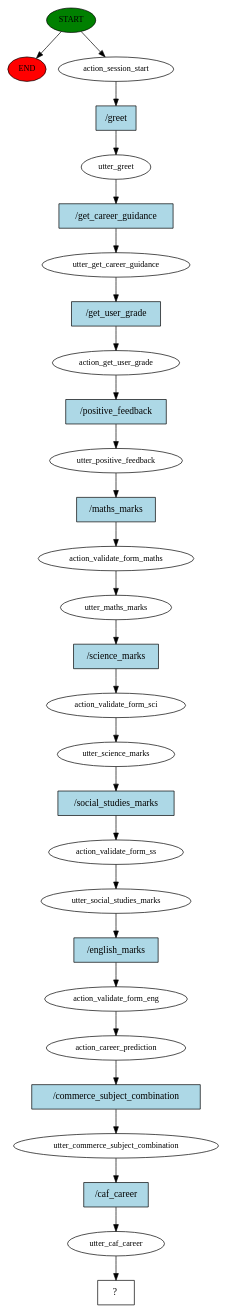
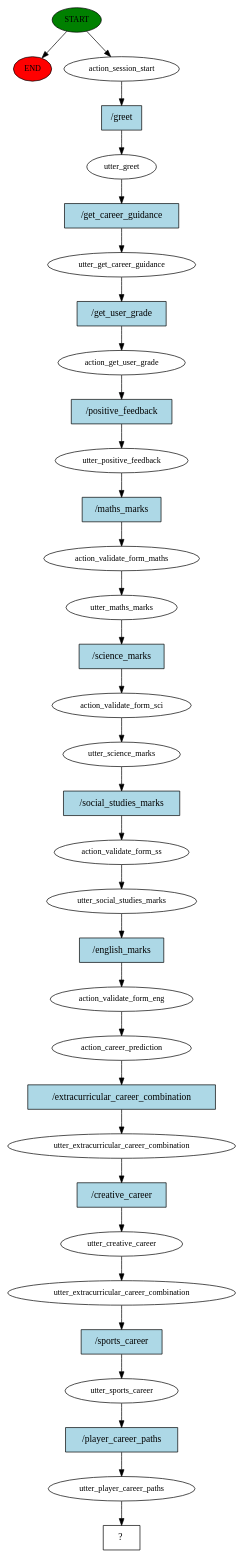
The diagram in story_graph.dot (VarunKale08/Career-Counselling-Chatbot-using-Rasa), drawn with Graphviz before and after one commit. The commit also changed 479 other files, not shown here.

```diff
--- a/story_graph.dot
+++ b/story_graph.dot
@@ -1,57 +1,67 @@
 digraph  {
 0 [class="start active", fillcolor=green, fontsize=12, label=START, style=filled];
 "-1" [class=end, fillcolor=red, fontsize=12, label=END, style=filled];
 1 [class=active, fontsize=12, label=action_session_start];
 2 [class=active, fontsize=12, label=utter_greet];
 3 [class=active, fontsize=12, label=utter_get_career_guidance];
 4 [class=active, fontsize=12, label=action_get_user_grade];
 5 [class=active, fontsize=12, label=utter_positive_feedback];
 6 [class=active, fontsize=12, label=action_validate_form_maths];
 7 [class=active, fontsize=12, label=utter_maths_marks];
 8 [class=active, fontsize=12, label=action_validate_form_sci];
 9 [class=active, fontsize=12, label=utter_science_marks];
 10 [class=active, fontsize=12, label=action_validate_form_ss];
 11 [class=active, fontsize=12, label=utter_social_studies_marks];
 12 [class=active, fontsize=12, label=action_validate_form_eng];
 13 [class=active, fontsize=12, label=action_career_prediction];
-14 [class=active, fontsize=12, label=utter_commerce_subject_combination];
-15 [class=active, fontsize=12, label=utter_caf_career];
-16 [class="intent dashed active", label="  ?  ", shape=rect];
-17 [class="intent active", fillcolor=lightblue, label="/greet", shape=rect, style=filled];
-18 [class="intent active", fillcolor=lightblue, label="/get_career_guidance", shape=rect, style=filled];
-19 [class="intent active", fillcolor=lightblue, label="/get_user_grade", shape=rect, style=filled];
-20 [class="intent active", fillcolor=lightblue, label="/positive_feedback", shape=rect, style=filled];
-21 [class="intent active", fillcolor=lightblue, label="/maths_marks", shape=rect, style=filled];
-22 [class="intent active", fillcolor=lightblue, label="/science_marks", shape=rect, style=filled];
-23 [class="intent active", fillcolor=lightblue, label="/social_studies_marks", shape=rect, style=filled];
-24 [class="intent active", fillcolor=lightblue, label="/english_marks", shape=rect, style=filled];
-25 [class="intent active", fillcolor=lightblue, label="/commerce_subject_combination", shape=rect, style=filled];
-26 [class="intent active", fillcolor=lightblue, label="/caf_career", shape=rect, style=filled];
+14 [class=active, fontsize=12, label=utter_extracurricular_career_combination];
+15 [class=active, fontsize=12, label=utter_creative_career];
+16 [class=active, fontsize=12, label=utter_extracurricular_career_combination];
+17 [class=active, fontsize=12, label=utter_sports_career];
+18 [class=active, fontsize=12, label=utter_player_career_paths];
+19 [class="intent dashed active", label="  ?  ", shape=rect];
+20 [class="intent active", fillcolor=lightblue, label="/greet", shape=rect, style=filled];
+21 [class="intent active", fillcolor=lightblue, label="/get_career_guidance", shape=rect, style=filled];
+22 [class="intent active", fillcolor=lightblue, label="/get_user_grade", shape=rect, style=filled];
+23 [class="intent active", fillcolor=lightblue, label="/positive_feedback", shape=rect, style=filled];
+24 [class="intent active", fillcolor=lightblue, label="/maths_marks", shape=rect, style=filled];
+25 [class="intent active", fillcolor=lightblue, label="/science_marks", shape=rect, style=filled];
+26 [class="intent active", fillcolor=lightblue, label="/social_studies_marks", shape=rect, style=filled];
+27 [class="intent active", fillcolor=lightblue, label="/english_marks", shape=rect, style=filled];
+28 [class="intent active", fillcolor=lightblue, label="/extracurricular_career_combination", shape=rect, style=filled];
+29 [class="intent active", fillcolor=lightblue, label="/creative_career", shape=rect, style=filled];
+30 [class="intent active", fillcolor=lightblue, label="/sports_career", shape=rect, style=filled];
+31 [class="intent active", fillcolor=lightblue, label="/player_career_paths", shape=rect, style=filled];
 0 -> "-1"  [class="", key=NONE, label=""];
 0 -> 1  [class=active, key=NONE, label=""];
-1 -> 17  [class=active, key=0];
-2 -> 18  [class=active, key=0];
-3 -> 19  [class=active, key=0];
-4 -> 20  [class=active, key=0];
-5 -> 21  [class=active, key=0];
+1 -> 20  [class=active, key=0];
+2 -> 21  [class=active, key=0];
+3 -> 22  [class=active, key=0];
+4 -> 23  [class=active, key=0];
+5 -> 24  [class=active, key=0];
 6 -> 7  [class=active, key=NONE, label=""];
-7 -> 22  [class=active, key=0];
+7 -> 25  [class=active, key=0];
 8 -> 9  [class=active, key=NONE, label=""];
-9 -> 23  [class=active, key=0];
+9 -> 26  [class=active, key=0];
 10 -> 11  [class=active, key=NONE, label=""];
-11 -> 24  [class=active, key=0];
+11 -> 27  [class=active, key=0];
 12 -> 13  [class=active, key=NONE, label=""];
-13 -> 25  [class=active, key=0];
-14 -> 26  [class=active, key=0];
+13 -> 28  [class=active, key=0];
+14 -> 29  [class=active, key=0];
 15 -> 16  [class=active, key=NONE, label=""];
-17 -> 2  [class=active, key=0];
-18 -> 3  [class=active, key=0];
-19 -> 4  [class=active, key=0];
-20 -> 5  [class=active, key=0];
-21 -> 6  [class=active, key=0];
-22 -> 8  [class=active, key=0];
-23 -> 10  [class=active, key=0];
-24 -> 12  [class=active, key=0];
-25 -> 14  [class=active, key=0];
-26 -> 15  [class=active, key=0];
+16 -> 30  [class=active, key=0];
+17 -> 31  [class=active, key=0];
+18 -> 19  [class=active, key=NONE, label=""];
+20 -> 2  [class=active, key=0];
+21 -> 3  [class=active, key=0];
+22 -> 4  [class=active, key=0];
+23 -> 5  [class=active, key=0];
+24 -> 6  [class=active, key=0];
+25 -> 8  [class=active, key=0];
+26 -> 10  [class=active, key=0];
+27 -> 12  [class=active, key=0];
+28 -> 14  [class=active, key=0];
+29 -> 15  [class=active, key=0];
+30 -> 17  [class=active, key=0];
+31 -> 18  [class=active, key=0];
 }
```
